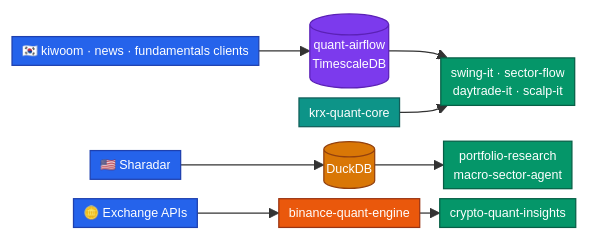
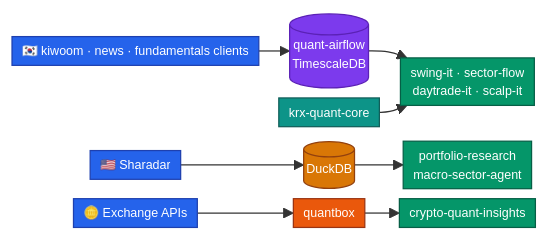
Before and after one commit to younghwan91/younghwan91: the diagram in README.md, drawn with Mermaid. The commit also changed other lines of this file and 1 other file, not shown here.

Commit message:
docs(profile): 지운 binance-quant-engine 을 quantbox 로 — 흐름도와 크립토 줄 (영·한 동시) (#9)

````diff
--- a/README.md
+++ b/README.md
@@ -15,21 +15,21 @@
 ```mermaid
 %%{init: {"flowchart": {"useMaxWidth": false, "nodeSpacing": 8, "rankSpacing": 16, "padding": 4}, "themeVariables": {"fontSize": "10px"}}}%%
 flowchart LR
     K1["🇰🇷 kiwoom · news · fundamentals clients"] --> K2[("quant-airflow<br/>TimescaleDB")] --> K3["swing-it · sector-flow<br/>daytrade-it · scalp-it"]
     KC["krx-quant-core"] --> K3
     U1["🇺🇸 Sharadar"] --> U2[("DuckDB")] --> U3["portfolio-research<br/>macro-sector-agent"]
-    C1["🪙 Exchange APIs"] --> C2["binance-quant-engine"] --> C3["crypto-quant-insights"]
+    C1["🪙 Exchange APIs"] --> C2["quantbox"] --> C3["crypto-quant-insights"]
 
     classDef src  fill:#2563EB,stroke:#1E40AF,color:#FFFFFF
     classDef pipe fill:#7C3AED,stroke:#5B21B6,color:#FFFFFF
     classDef db   fill:#D97706,stroke:#92400E,color:#FFFFFF
     classDef core fill:#0D9488,stroke:#115E59,color:#FFFFFF
     classDef res  fill:#059669,stroke:#065F46,color:#FFFFFF
     classDef eng  fill:#EA580C,stroke:#9A3412,color:#FFFFFF
     class K1,U1,C1 src
     class K2 pipe
     class U2 db
     class KC core
     class K3,U3,C3 res
     class C2 eng
 ```
````
